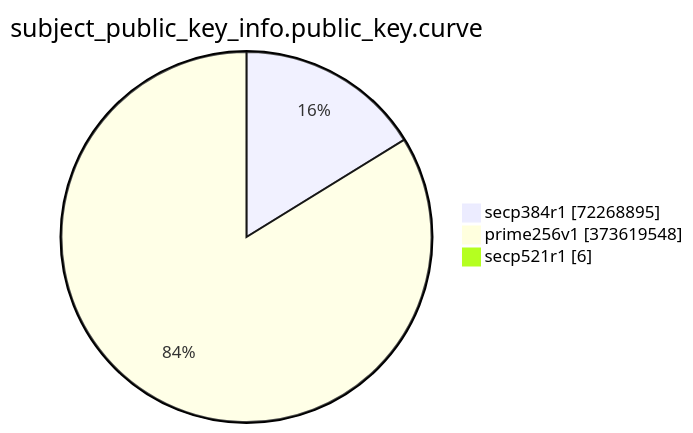
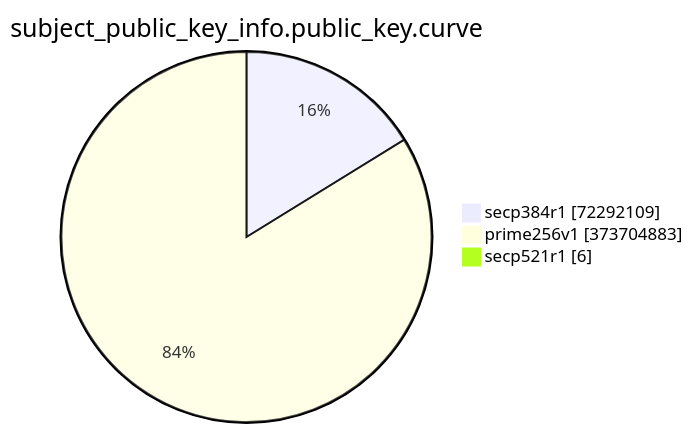
Before and after one commit to christiankrug/ctmonitor_visualization: the eighth of 15 diagrams in TOTAL/README.md, drawn with Mermaid. The commit also changed other lines of this file, not shown here.

````diff
--- a/TOTAL/README.md
+++ b/TOTAL/README.md
@@ -3094,7 +3094,7 @@
 ```mermaid
 pie showData
 title subject_public_key_info.public_key.curve
-"secp384r1" :72268895
-"prime256v1" :373619548
+"secp384r1" :72292109
+"prime256v1" :373704883
 "secp521r1" :6
 ```
````
